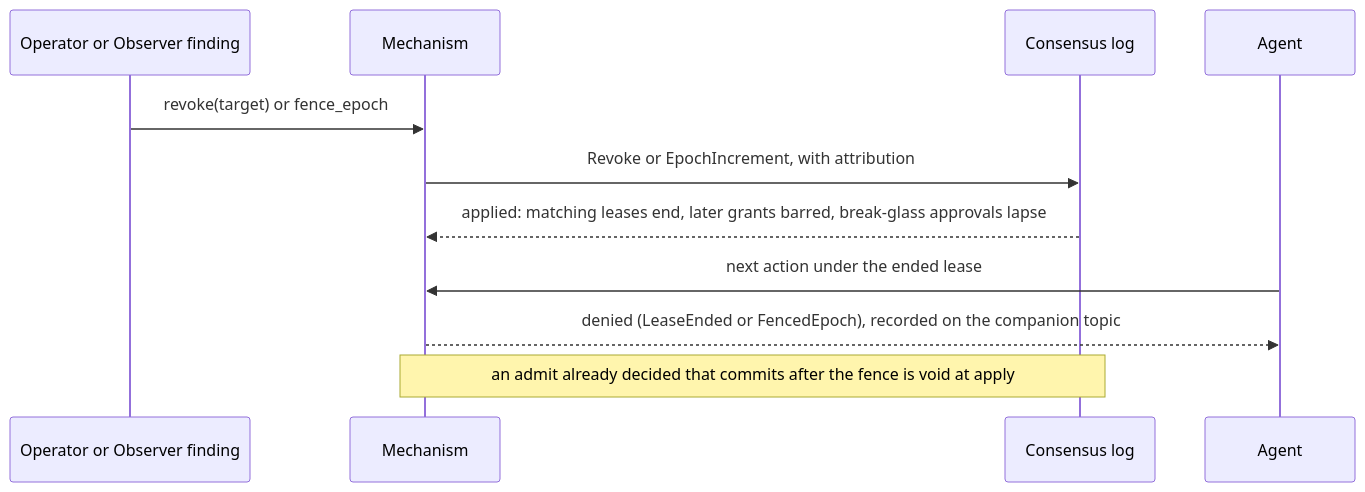
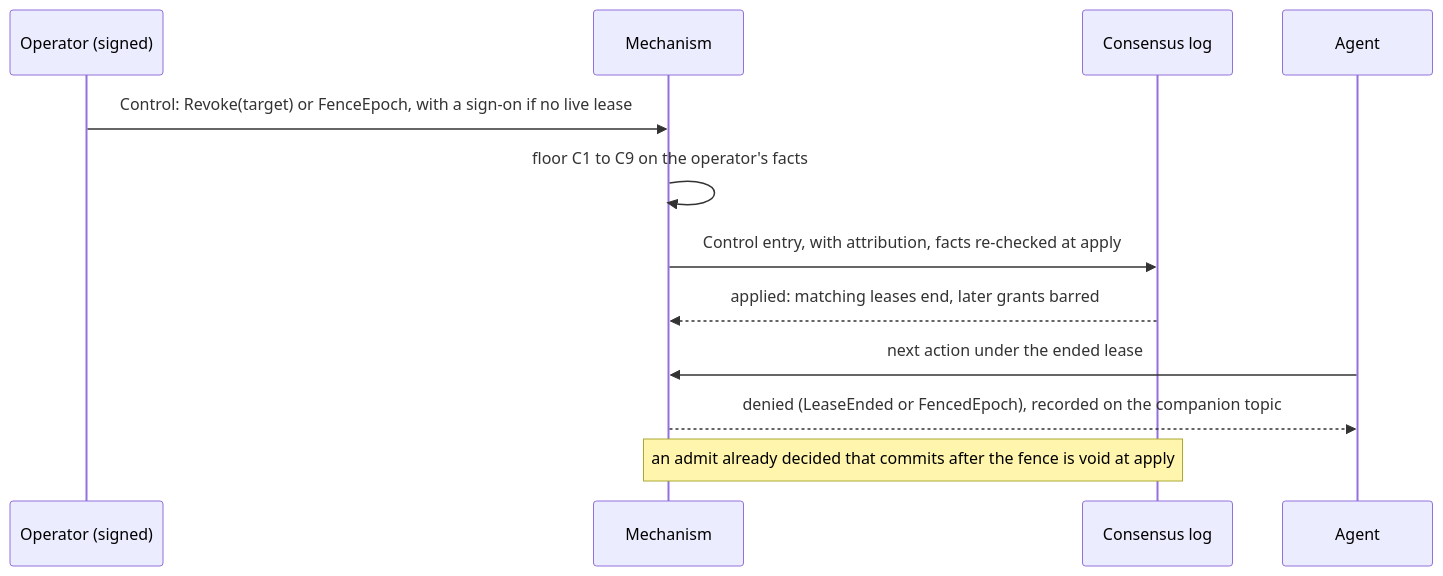
The eighth of 12 diagrams in narrative/architecture-description.md (scottcochran/TOPAK), drawn with Mermaid before and after one commit. The commit also changed other lines of this file and 7 other files, not shown here.

Commit message:
Narrative against G10: ToO revision 14, glossary, architecture description rev 2, reviewer's guide; G10 index row

````diff
--- a/narrative/architecture-description.md
+++ b/narrative/architecture-description.md
@@ -519,13 +565,14 @@
 ```mermaid
 sequenceDiagram
-  participant O as Operator or Observer finding
+  participant O as Operator (signed)
   participant M as Mechanism
   participant L as Consensus log
   participant A as Agent
-  O->>M: revoke(target) or fence_epoch
-  M->>L: Revoke or EpochIncrement, with attribution
-  L-->>M: applied: matching leases end, later grants barred, break-glass approvals lapse
+  O->>M: Control: Revoke(target) or FenceEpoch, with a sign-on if no live lease
+  M->>M: floor C1 to C9 on the operator's facts
+  M->>L: Control entry, with attribution, facts re-checked at apply
+  L-->>M: applied: matching leases end, later grants barred
   A->>M: next action under the ended lease
   M-->>A: denied (LeaseEnded or FencedEpoch), recorded on the companion topic
   Note over M,L: an admit already decided that commits after the fence is void at apply
 ```
````
